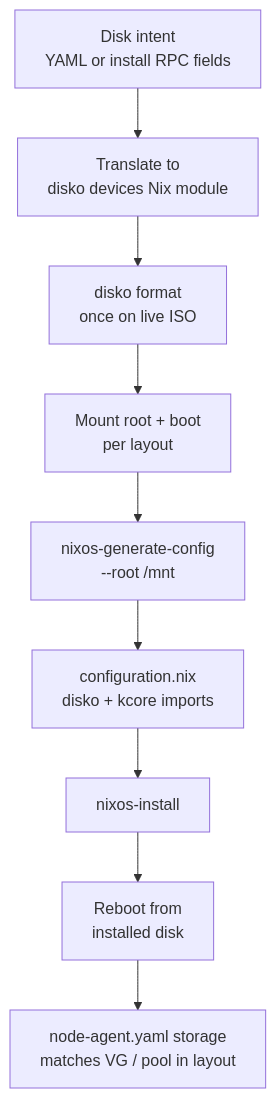
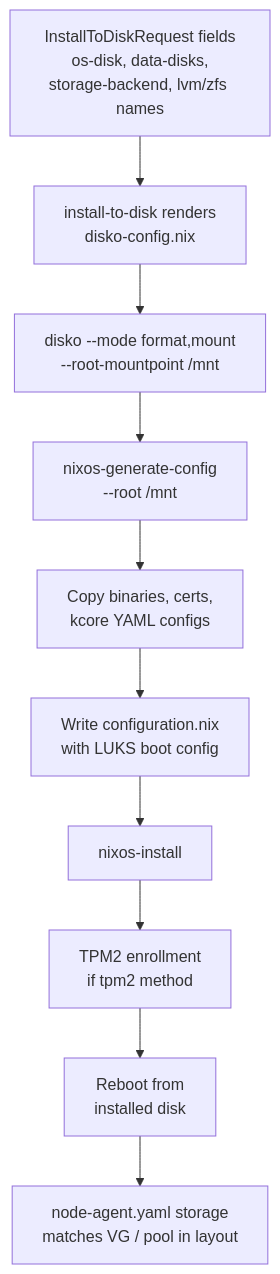
The second of 3 diagrams in docs/node-install-bootstrap-flow.md (kcorehypervisor/kcore), drawn with Mermaid before and after one commit. The commit also changed other lines of this file and 8 other files, not shown here.

Commit message:
Install kcore using LVM and TPM

````diff
--- a/docs/node-install-bootstrap-flow.md
+++ b/docs/node-install-bootstrap-flow.md
@@ -86,21 +114,23 @@
 ```mermaid
 flowchart TD
-  intent["Disk intent<br/>YAML or install RPC fields"]
-  translate["Translate to<br/>disko devices Nix module"]
-  diskoFmt["disko format<br/>once on live ISO"]
-  mount["Mount root + boot<br/>per layout"]
+  intent["InstallToDiskRequest fields<br/>os-disk, data-disks,<br/>storage-backend, lvm/zfs names"]
+  render["install-to-disk renders<br/>disko-config.nix"]
+  diskoRun["disko --mode format,mount<br/>--root-mountpoint /mnt"]
   hwcfg["nixos-generate-config<br/>--root /mnt"]
-  cfg["configuration.nix<br/>disko + kcore imports"]
+  copyBin["Copy binaries, certs,<br/>kcore YAML configs"]
+  cfg["Write configuration.nix<br/>with LUKS boot config"]
   install["nixos-install"]
+  tpmEnroll["TPM2 enrollment<br/>if tpm2 method"]
   reboot["Reboot from<br/>installed disk"]
   match["node-agent.yaml storage<br/>matches VG / pool in layout"]
 
-  intent --> translate
-  translate --> diskoFmt
-  diskoFmt --> mount
-  mount --> hwcfg
-  hwcfg --> cfg
+  intent --> render
+  render --> diskoRun
+  diskoRun --> hwcfg
+  hwcfg --> copyBin
+  copyBin --> cfg
   cfg --> install
-  install --> reboot
+  install --> tpmEnroll
+  tpmEnroll --> reboot
   reboot --> match
 ```
````
